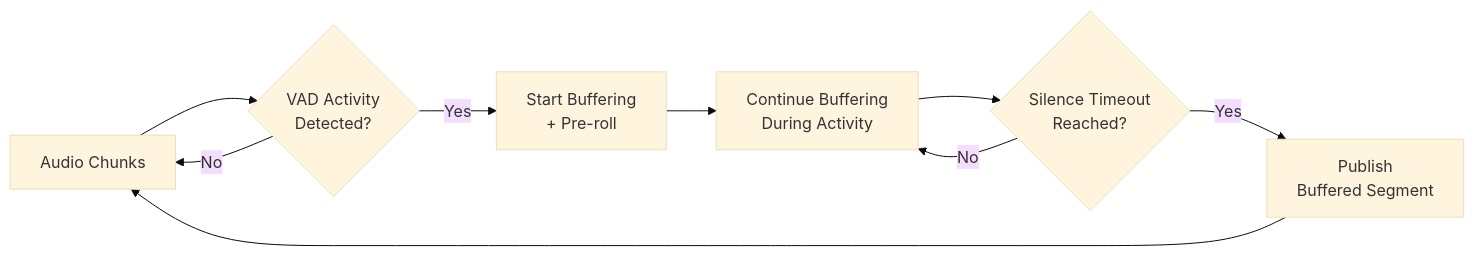
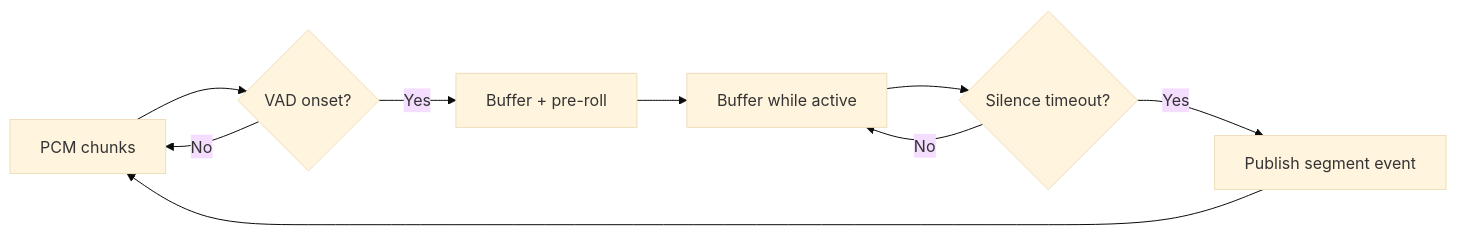
Before and after one commit to rick12000/vocalance: the second of 2 diagrams in docs/developer/audio_capture_and_listeners.rst, drawn with Mermaid (base theme). The commit also changed other lines of this file and 34 other files, not shown here.

```diff
--- a/docs/developer/audio_capture_and_listeners.rst
+++ b/docs/developer/audio_capture_and_listeners.rst
@@ -29,11 +30,11 @@
 .. mermaid::
 
    flowchart LR
-       A[Audio Chunks] --> B{VAD Activity<br/>Detected?}
+       A[PCM chunks] --> B{VAD onset?}
        B -->|No| A
-       B -->|Yes| C[Start Buffering<br/>+ Pre-roll]
-       C --> D[Continue Buffering<br/>During Activity]
-       D --> E{Silence Timeout<br/>Reached?}
+       B -->|Yes| C[Buffer + pre-roll]
+       C --> D[Buffer while active]
+       D --> E{Silence timeout?}
        E -->|No| D
-       E -->|Yes| F[Publish<br/>Buffered Segment]
+       E -->|Yes| F[Publish segment event]
        F --> A
```
